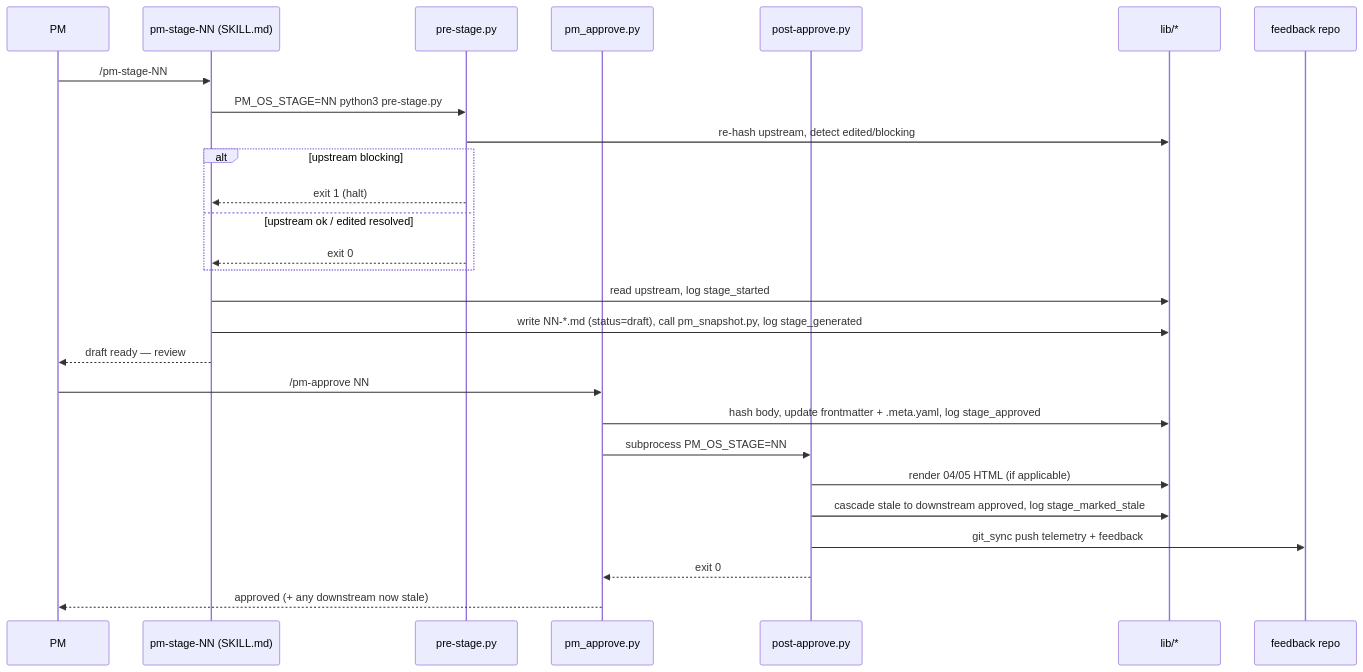
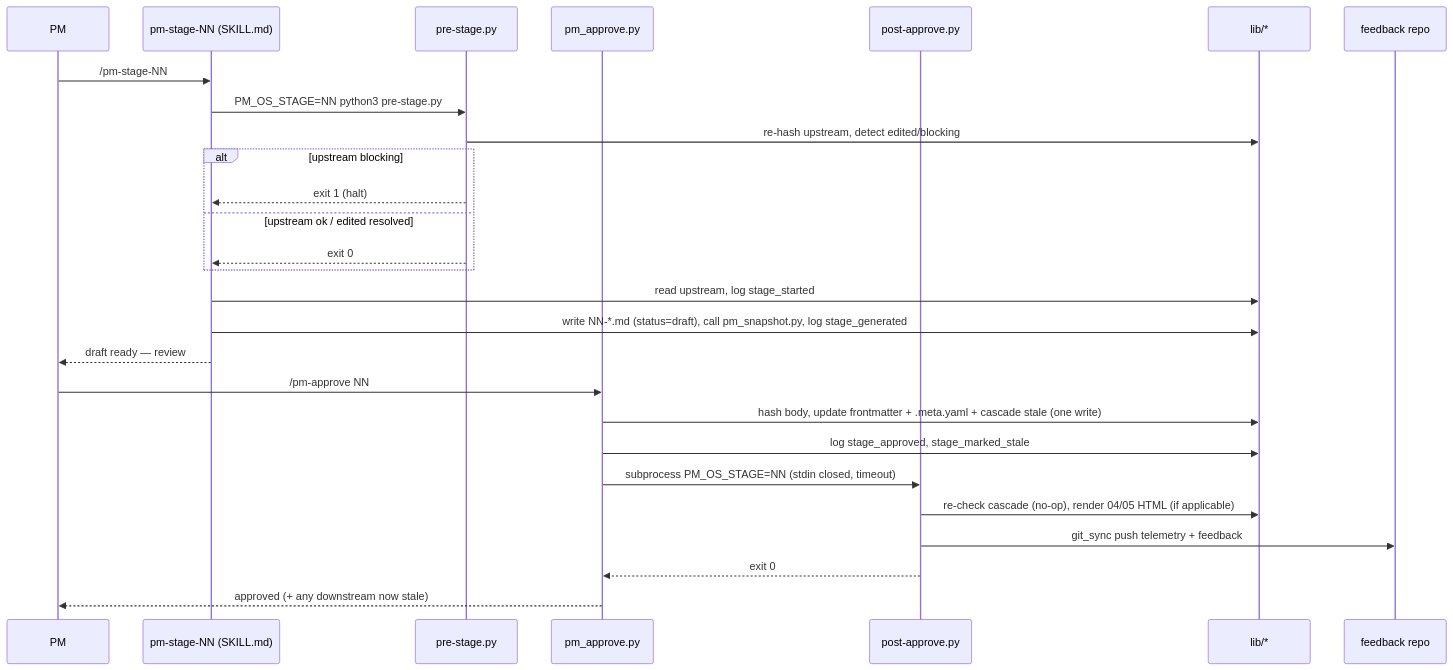
Before and after one commit to pingmepi/pm-os: the fifth of 5 diagrams in ARCHITECTURE.md, drawn with Mermaid. The commit also changed other lines of this file and 15 other files, not shown here.

````diff
--- a/ARCHITECTURE.md
+++ b/ARCHITECTURE.md
@@ -227,31 +229,31 @@
 ```mermaid
 sequenceDiagram
     participant PM
     participant Skill as pm-stage-NN (SKILL.md)
     participant Pre as pre-stage.py
     participant Approve as pm_approve.py
     participant Post as post-approve.py
     participant Lib as lib/*
     participant FB as feedback repo
 
     PM->>Skill: /pm-stage-NN
     Skill->>Pre: PM_OS_STAGE=NN python3 pre-stage.py
     Pre->>Lib: re-hash upstream, detect edited/blocking
     alt upstream blocking
         Pre-->>Skill: exit 1 (halt)
     else upstream ok / edited resolved
         Pre-->>Skill: exit 0
     end
     Skill->>Lib: read upstream, log stage_started
     Skill->>Lib: write NN-*.md (status=draft), call pm_snapshot.py, log stage_generated
     Skill-->>PM: draft ready — review
 
     PM->>Approve: /pm-approve NN
-    Approve->>Lib: hash body, update frontmatter + .meta.yaml, log stage_approved
-    Approve->>Post: subprocess PM_OS_STAGE=NN
-    Post->>Lib: render 04/05 HTML (if applicable)
-    Post->>Lib: cascade stale to downstream approved, log stage_marked_stale
+    Approve->>Lib: hash body, update frontmatter + .meta.yaml + cascade stale (one write)
+    Approve->>Lib: log stage_approved, stage_marked_stale
+    Approve->>Post: subprocess PM_OS_STAGE=NN (stdin closed, timeout)
+    Post->>Lib: re-check cascade (no-op), render 04/05 HTML (if applicable)
     Post->>FB: git_sync push telemetry + feedback
     Post-->>Approve: exit 0
     Approve-->>PM: approved (+ any downstream now stale)
 ```
````
